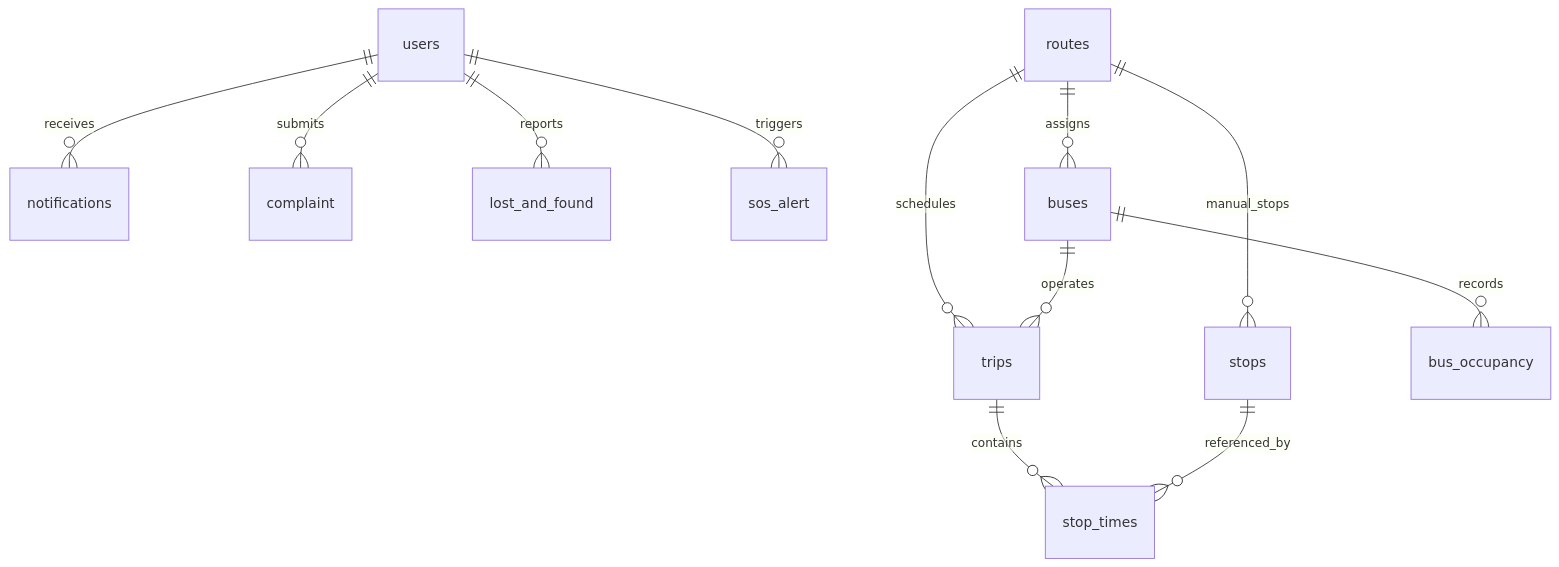
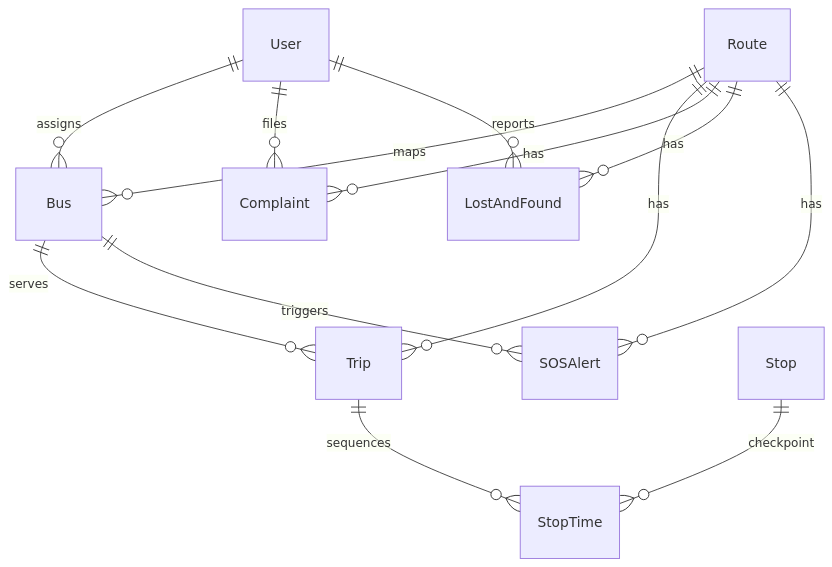
The diagram in docs/DATABASE_SCHEMA.md (rajeshbendi60-maker/TransPulse), drawn with Mermaid before and after one commit. The commit also changed other lines of this file and 124 other files, not shown here.

````diff
--- a/docs/DATABASE_SCHEMA.md
+++ b/docs/DATABASE_SCHEMA.md
@@ -5,14 +159,15 @@
 ```mermaid
 erDiagram
-    users ||--o{ notifications : receives
-    users ||--o{ complaint : submits
-    users ||--o{ lost_and_found : reports
-    users ||--o{ sos_alert : triggers
-    routes ||--o{ buses : assigns
-    routes ||--o{ trips : schedules
-    routes ||--o{ stops : manual_stops
-    buses ||--o{ trips : operates
-    buses ||--o{ bus_occupancy : records
-    trips ||--o{ stop_times : contains
-    stops ||--o{ stop_times : referenced_by
+    User ||--o{ Bus : "assigns"
+    User ||--o{ Complaint : "files"
+    User ||--o{ LostAndFound : "reports"
+    Route ||--o{ Bus : "maps"
+    Route ||--o{ Trip : "has"
+    Route ||--o{ Complaint : "has"
+    Route ||--o{ LostAndFound : "has"
+    Route ||--o{ SOSAlert : "has"
+    Bus ||--o{ Trip : "serves"
+    Bus ||--o{ SOSAlert : "triggers"
+    Trip ||--o{ StopTime : "sequences"
+    Stop ||--o{ StopTime : "checkpoint"
 ```
````
